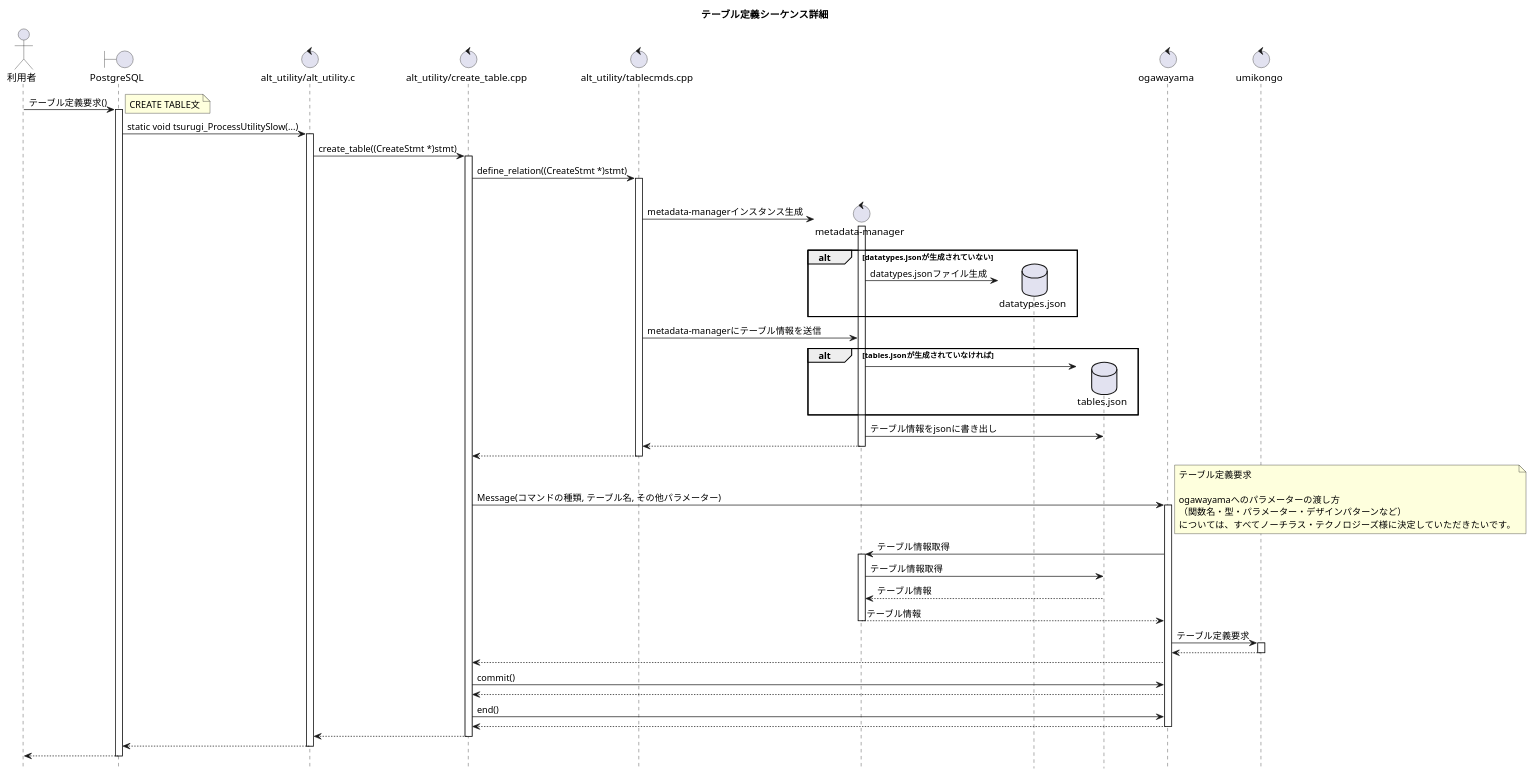
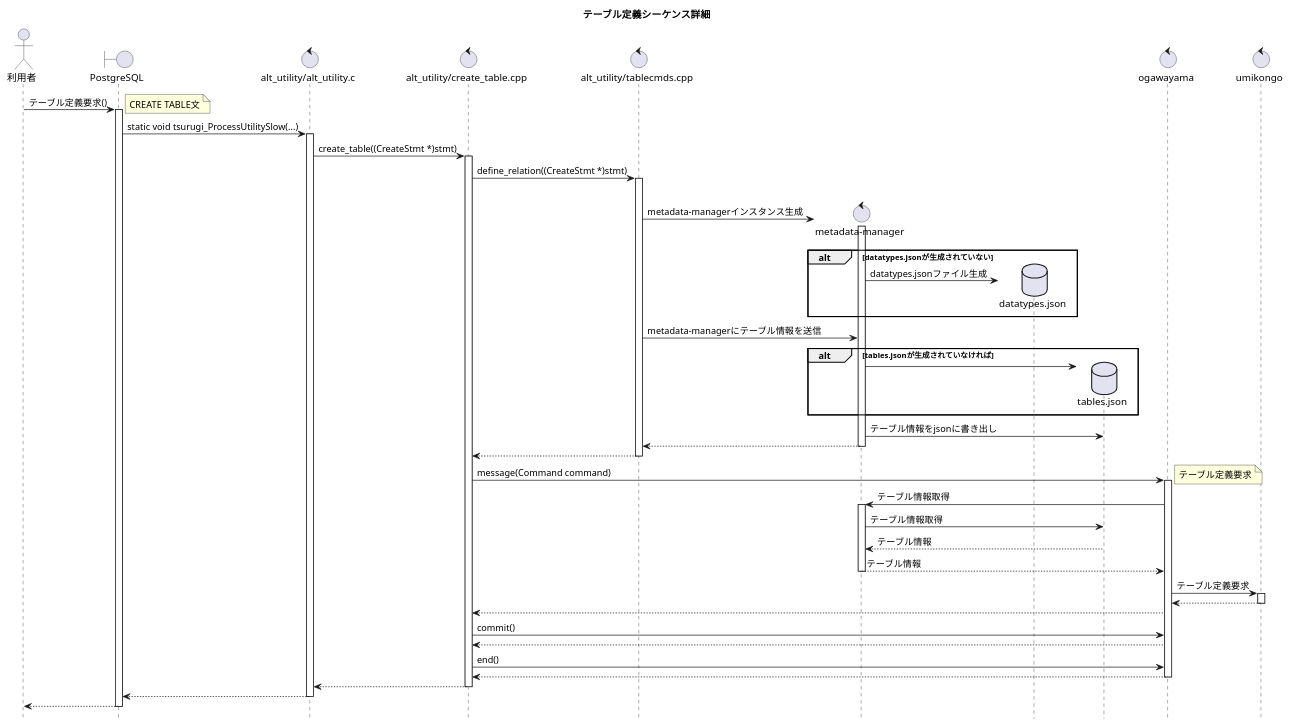
One commit to project-tsurugi/tsurugi_fdw changed the diagram in docs/design/img/CREATE_TABLE_detail.pu. Above: the diagram before and after it, drawn with PlantUML. The commit also changed 8 other files, not shown here.

Commit message:
Change a parameter message function to pass Command class

```diff
--- a/docs/design/img/CREATE_TABLE_detail.pu
+++ b/docs/design/img/CREATE_TABLE_detail.pu
@@ -1,96 +1,92 @@
 @startuml
 title テーブル定義シーケンス詳細
 hide footbox
 
 actor 利用者
 boundary PostgreSQL
 control "alt_utility/alt_utility.c"
 control "alt_utility/create_table.cpp"
 control "alt_utility/tablecmds.cpp"
 control "metadata-manager"
 database datatypes.json
 database tables.json
 control ogawayama
 control umikongo
 
 利用者 -> PostgreSQL : テーブル定義要求()
 activate PostgreSQL
 note right
 CREATE TABLE文
 end note
 
 PostgreSQL -> "alt_utility/alt_utility.c" : static void tsurugi_ProcessUtilitySlow(...)
 activate "alt_utility/alt_utility.c"
 
 "alt_utility/alt_utility.c" -> "alt_utility/create_table.cpp" : create_table((CreateStmt *)stmt)
 activate "alt_utility/create_table.cpp"
 
 "alt_utility/create_table.cpp" -> "alt_utility/tablecmds.cpp" : define_relation((CreateStmt *)stmt)
 activate "alt_utility/tablecmds.cpp"
 
 create "metadata-manager"
 
 alt metadata-managerインスタンスが生成されていない
 "alt_utility/tablecmds.cpp" -> "metadata-manager" : metadata-managerインスタンス生成
 activate "metadata-manager"
 
 alt datatypes.jsonが生成されていない
     create datatypes.json
     "metadata-manager" -> datatypes.json : datatypes.jsonファイル生成
 end
 
 "alt_utility/tablecmds.cpp" -> "metadata-manager" : metadata-managerにテーブル情報を送信
 
 alt tables.jsonが生成されていなければ
     create tables.json
     "metadata-manager" -> tables.json
 end
 "metadata-manager" -> tables.json : テーブル情報をjsonに書き出し
 "metadata-manager" --> "alt_utility/tablecmds.cpp"
 deactivate "metadata-manager"
 
 "alt_utility/tablecmds.cpp" --> "alt_utility/create_table.cpp"
 deactivate "alt_utility/tablecmds.cpp"
 
-"alt_utility/create_table.cpp" -> ogawayama : Message(コマンドの種類, テーブル名, その他パラメーター)
+"alt_utility/create_table.cpp" -> ogawayama : message(Command command)
 activate ogawayama
 note right
 テーブル定義要求
-
-ogawayamaへのパラメーターの渡し方
-（関数名・型・パラメーター・デザインパターンなど）
-については、すべてノーチラス・テクノロジーズ様に決定していただきたいです。
 end note
 
 ogawayama -> "metadata-manager" : テーブル情報取得
 activate "metadata-manager"
 
 "metadata-manager" -> tables.json : テーブル情報取得
 tables.json --> "metadata-manager" : テーブル情報
 "metadata-manager" --> ogawayama : テーブル情報
 deactivate "metadata-manager"
 
 ogawayama -> umikongo : テーブル定義要求
 activate umikongo
 umikongo --> ogawayama
 deactivate umikongo
 
 ogawayama --> "alt_utility/create_table.cpp"
 
 "alt_utility/create_table.cpp" -> ogawayama : commit()
 ogawayama --> "alt_utility/create_table.cpp"
 
 "alt_utility/create_table.cpp" -> ogawayama : end()
 ogawayama --> "alt_utility/create_table.cpp"
 deactivate ogawayama
 
 "alt_utility/create_table.cpp" --> "alt_utility/alt_utility.c"
 deactivate "alt_utility/create_table.cpp"
 
 "alt_utility/alt_utility.c" --> PostgreSQL
 deactivate "alt_utility/alt_utility.c"
 
 PostgreSQL --> 利用者
 deactivate PostgreSQL
 
 @enduml
```
